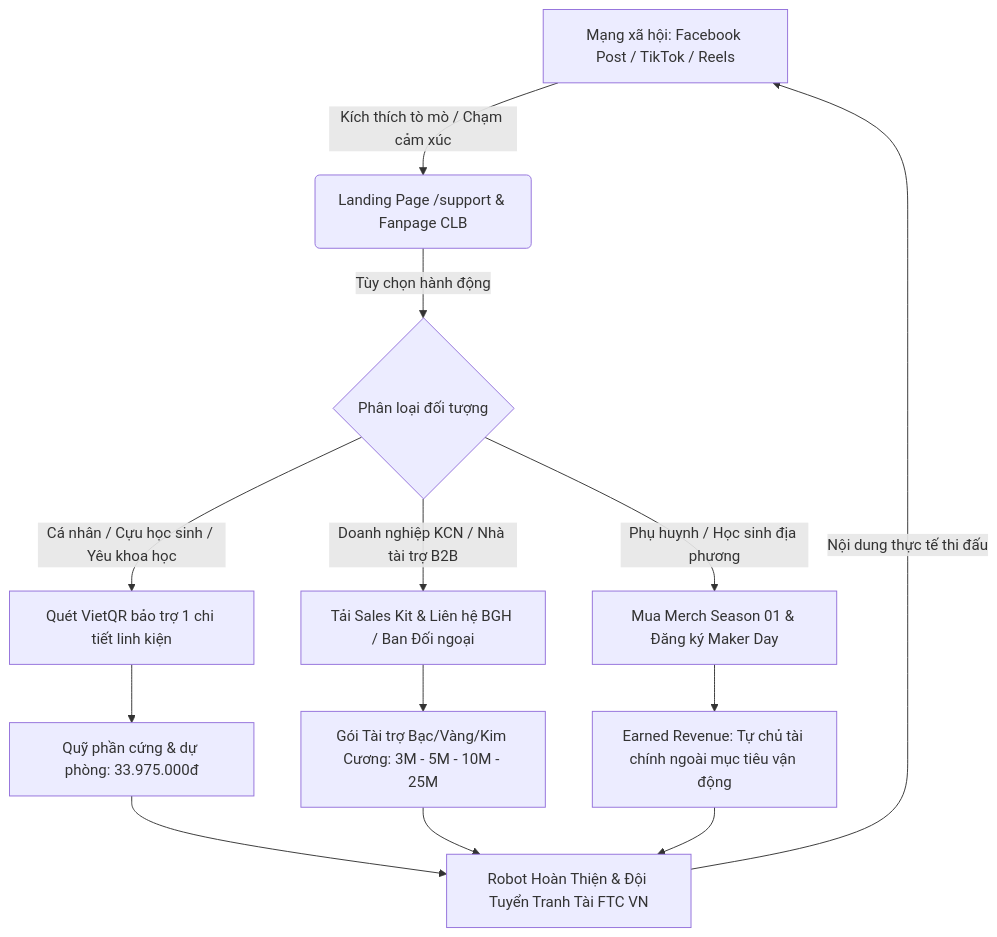
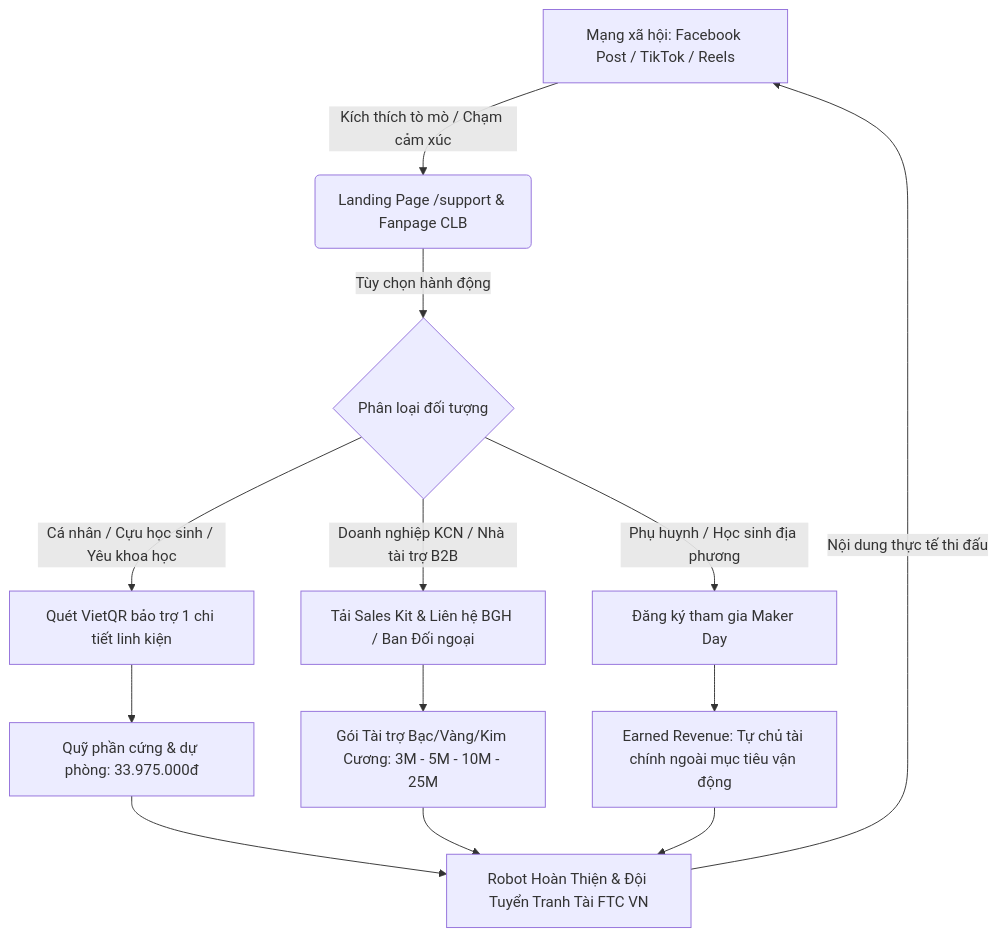
The first of 2 diagrams in docs/campaign-2026-2027/07-chuyen-linh-kien-noi-dung.md (Minhmice/roboticssocson), drawn with Mermaid before and after one commit. The commit also changed other lines of this file and 304 other files, not shown here.

````diff
--- a/docs/campaign-2026-2027/07-chuyen-linh-kien-noi-dung.md
+++ b/docs/campaign-2026-2027/07-chuyen-linh-kien-noi-dung.md
@@ -30,16 +29,16 @@
 ```mermaid
 graph TD
     A[Mạng xã hội: Facebook Post / TikTok / Reels] -->|Kích thích tò mò / Chạm cảm xúc| B(Landing Page /support & Fanpage CLB)
     B -->|Tùy chọn hành động| C{Phân loại đối tượng}
     
-    C -->|Phụ huynh / Học sinh địa phương| D[Mua Merch Season 01 & Đăng ký Maker Day]
+    C -->|Phụ huynh / Học sinh địa phương| D[Đăng ký tham gia Maker Day]
     C -->|Cá nhân / Cựu học sinh / Yêu khoa học| E[Quét VietQR bảo trợ 1 chi tiết linh kiện]
     C -->|Doanh nghiệp KCN / Nhà tài trợ B2B| F[Tải Sales Kit & Liên hệ BGH / Ban Đối ngoại]
     
     D --> G[Earned Revenue: Tự chủ tài chính ngoài mục tiêu vận động]
     E --> H[Quỹ phần cứng & dự phòng: 33.975.000đ]
     F --> I[Gói Tài trợ Bạc/Vàng/Kim Cương: 3M - 5M - 10M - 25M]
     
     H & I & G --> J[Robot Hoàn Thiện & Đội Tuyển Tranh Tài FTC VN]
     J -->|Nội dung thực tế thi đấu| A
 ```
````
